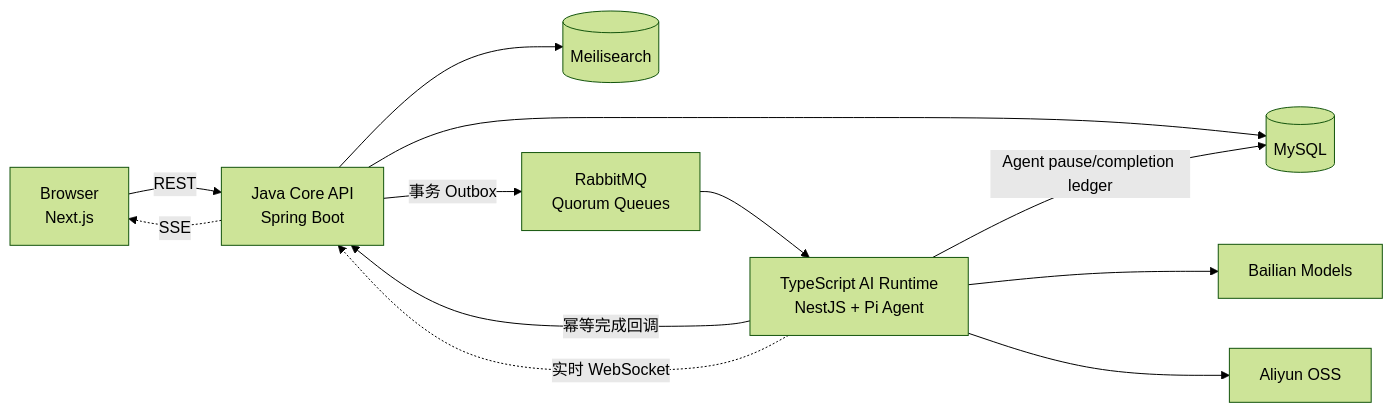
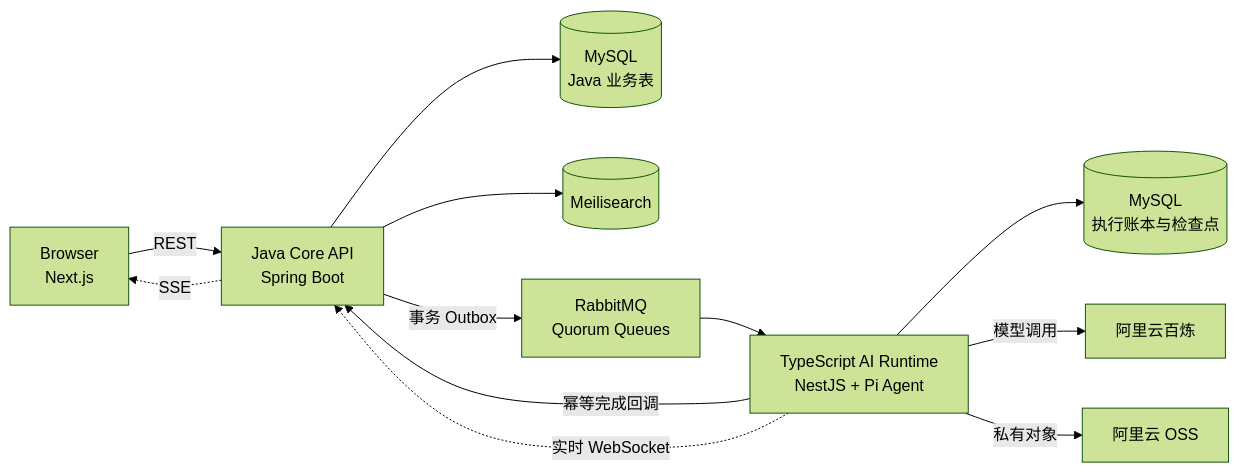
One commit to superzheng777/AiVista changed the diagram in README.md. Above: the diagram before and after it, drawn with Mermaid (forest theme). The commit also changed other lines of this file and 200 other files, not shown here.

````diff
--- a/README.md
+++ b/README.md
@@ -48,14 +84,14 @@
 ```mermaid
 flowchart LR
     browser["Browser<br/>Next.js"] -->|"REST"| core["Java Core API<br/>Spring Boot"]
-    core --> mysql[(MySQL)]
-    core --> meili[(Meilisearch)]
+    core --> business[("MySQL<br/>Java 业务表")]
+    core --> search[("Meilisearch")]
     core -->|"事务 Outbox"| rabbit["RabbitMQ<br/>Quorum Queues"]
-    rabbit --> worker["TypeScript AI Runtime<br/>NestJS + Pi Agent"]
-    worker -->|"Agent pause/completion ledger"| mysql
-    worker --> bailian["Bailian Models"]
-    worker --> oss["Aliyun OSS"]
-    worker -->|"幂等完成回调"| core
-    worker -. "实时 WebSocket" .-> core
+    rabbit --> runtime["TypeScript AI Runtime<br/>NestJS + Pi Agent"]
+    runtime --> ledger[("MySQL<br/>执行账本与检查点")]
+    runtime -->|"模型调用"| bailian["阿里云百炼"]
+    runtime -->|"私有对象"| oss["阿里云 OSS"]
+    runtime -->|"幂等完成回调"| core
+    runtime -. "实时 WebSocket" .-> core
     core -. "SSE" .-> browser
 ```
````
